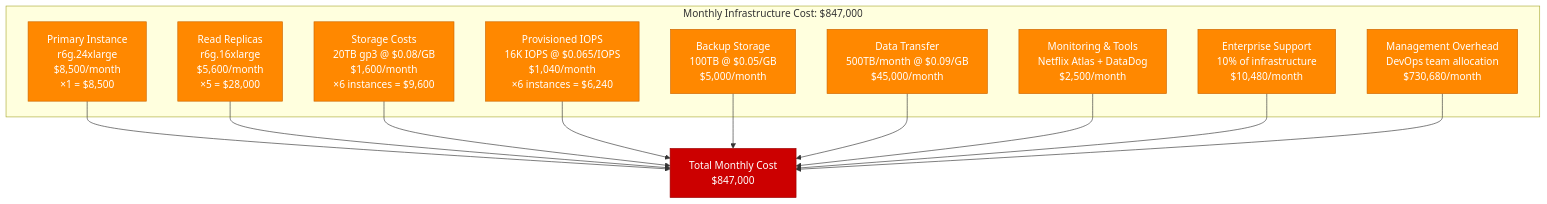
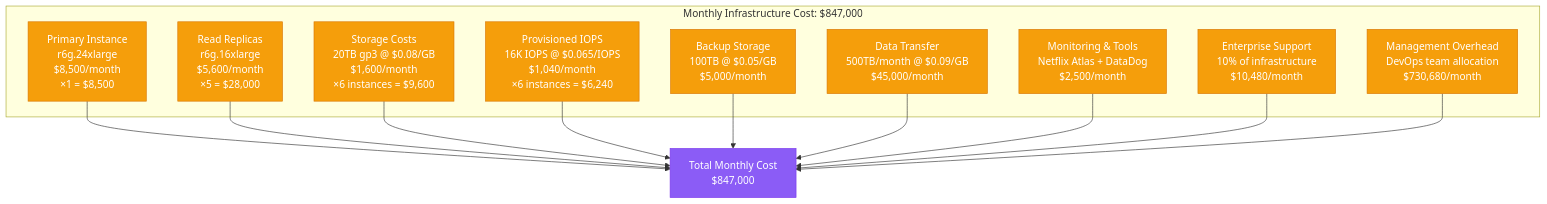
Before and after one commit to deepaucksharma/DS: the sixth of 7 diagrams in site/docs/performance/postgresql-scale-performance.md, drawn with Mermaid. The commit also changed other lines of this file and 187 other files, not shown here.

````diff
--- a/site/docs/performance/postgresql-scale-performance.md
+++ b/site/docs/performance/postgresql-scale-performance.md
@@ -228,38 +228,38 @@
 ```mermaid
 graph TB
     subgraph CostBreakdown[Monthly Infrastructure Cost: $847,000]
         PRIMARY[Primary Instance<br/>r6g.24xlarge<br/>$8,500/month<br/>×1 = $8,500]
 
         REPLICAS[Read Replicas<br/>r6g.16xlarge<br/>$5,600/month<br/>×5 = $28,000]
 
         STORAGE[Storage Costs<br/>20TB gp3 @ $0.08/GB<br/>$1,600/month<br/>×6 instances = $9,600]
 
         IOPS[Provisioned IOPS<br/>16K IOPS @ $0.065/IOPS<br/>$1,040/month<br/>×6 instances = $6,240]
 
         BACKUP[Backup Storage<br/>100TB @ $0.05/GB<br/>$5,000/month]
 
         NETWORK[Data Transfer<br/>500TB/month @ $0.09/GB<br/>$45,000/month]
 
         MONITORING[Monitoring & Tools<br/>Netflix Atlas + DataDog<br/>$2,500/month]
 
         SUPPORT[Enterprise Support<br/>10% of infrastructure<br/>$10,480/month]
 
         OVERHEAD[Management Overhead<br/>DevOps team allocation<br/>$730,680/month]
     end
 
     PRIMARY --> TOTAL[Total Monthly Cost<br/>$847,000]
     REPLICAS --> TOTAL
     STORAGE --> TOTAL
     IOPS --> TOTAL
     BACKUP --> TOTAL
     NETWORK --> TOTAL
     MONITORING --> TOTAL
     SUPPORT --> TOTAL
     OVERHEAD --> TOTAL
 
-    classDef costStyle fill:#FF8800,stroke:#CC6600,color:#fff
-    classDef totalStyle fill:#CC0000,stroke:#990000,color:#fff
+    classDef costStyle fill:#F59E0B,stroke:#D97706,color:#fff
+    classDef totalStyle fill:#8B5CF6,stroke:#7C3AED,color:#fff
 
     class PRIMARY,REPLICAS,STORAGE,IOPS,BACKUP,NETWORK,MONITORING,SUPPORT,OVERHEAD costStyle
     class TOTAL totalStyle
 ```
````
